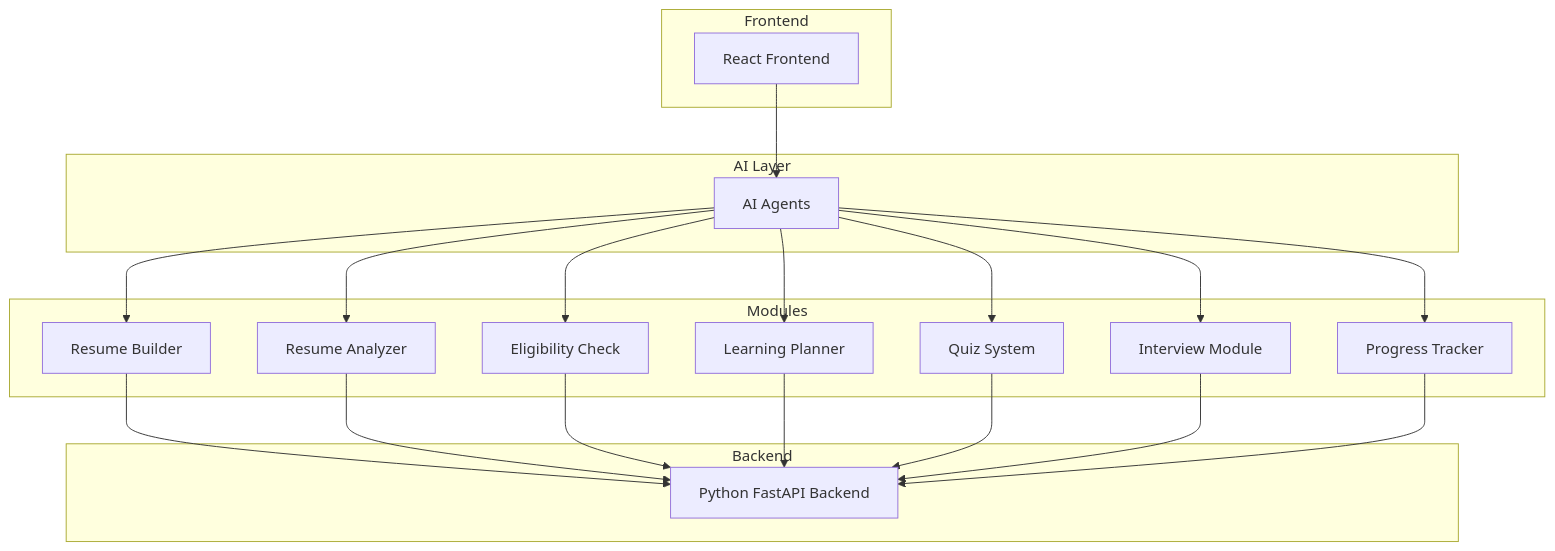
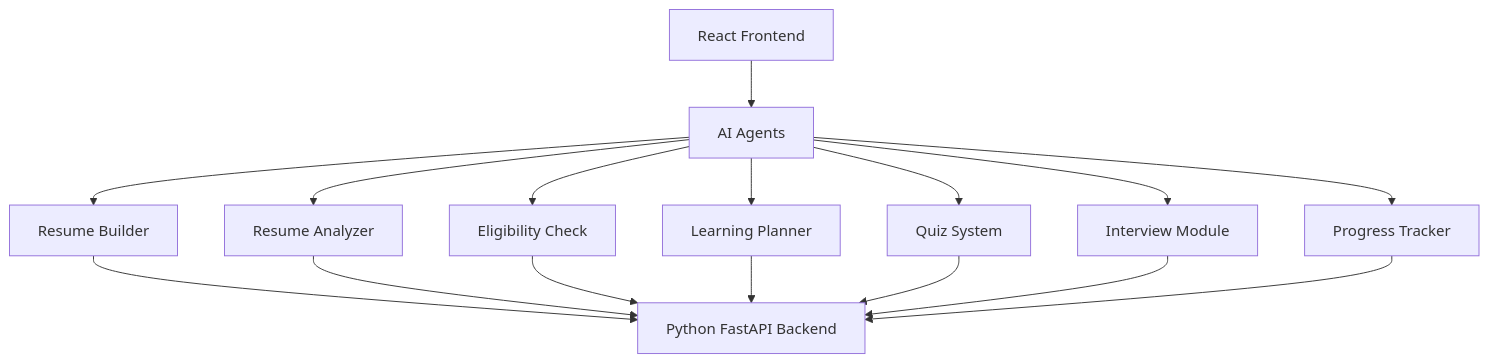
Before and after one commit to sanket1505/VidyaMitra-The-Intelligent-Career-Agent-AI-Powered-Resume-Evaluator-Trainer-Career-Planner: the diagram in README.md, drawn with Mermaid.

````diff
--- a/README.md
+++ b/README.md
@@ -66,42 +67,21 @@
 ```mermaid
-flowchart TB
+flowchart TD
 
-subgraph Frontend
-A[React Frontend]
-end
+A[React Frontend] --> B[AI Agents]
 
-subgraph AI Layer
-B[AI Agents]
-end
+B --> C[Resume Builder]
+B --> D[Resume Analyzer]
+B --> E[Eligibility Check]
+B --> F[Learning Planner]
+B --> G[Quiz System]
+B --> H[Interview Module]
+B --> I[Progress Tracker]
 
-subgraph Modules
-C[Resume Builder]
-D[Resume Analyzer]
-E[Eligibility Check]
-F[Learning Planner]
-G[Quiz System]
-H[Interview Module]
-I[Progress Tracker]
-end
-
-subgraph Backend
-J[Python FastAPI Backend]
-end
-
-A --> B
-B --> C
-B --> D
-B --> E
-B --> F
-B --> G
-B --> H
-B --> I
-
-C --> J
+C --> J[Python FastAPI Backend]
 D --> J
 E --> J
 F --> J
 G --> J
 H --> J
 I --> J
 ```
````
